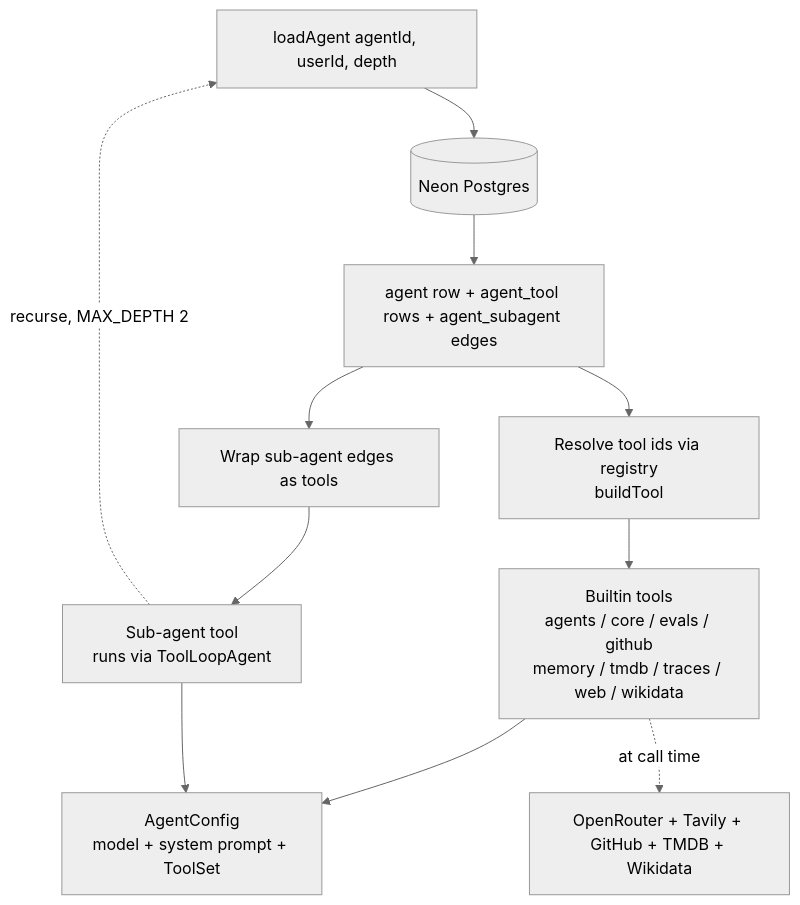
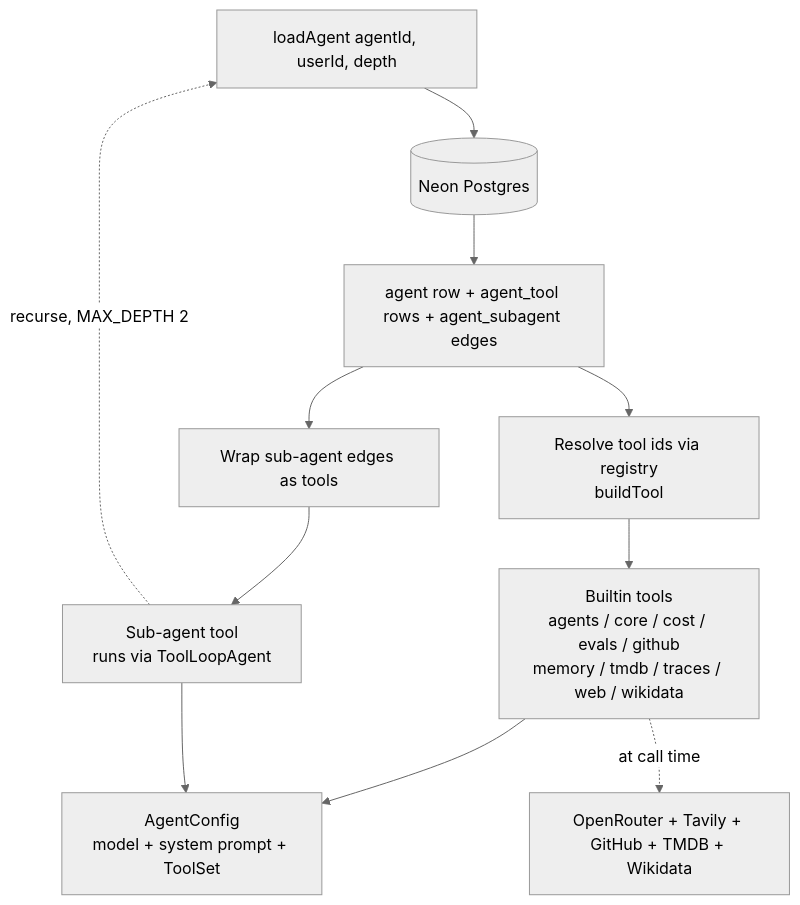
The second of 4 diagrams in src/content/posts/how-i-built-an-ai-agent-playground.mdx (jimmy-guzman/jimmy.codes), drawn with Mermaid (neutral theme) before and after one commit. The commit also changed other lines of this file, not shown here.

````diff
--- a/src/content/posts/how-i-built-an-ai-agent-playground.mdx
+++ b/src/content/posts/how-i-built-an-ai-agent-playground.mdx
@@ -93,16 +90,16 @@
 ```mermaid
 flowchart TB
   loadAgent[loadAgent agentId, userId, depth] --> DB[(Neon Postgres)]
   DB --> Parts[agent row + agent_tool rows + agent_subagent edges]
 
   Parts --> ToolStep[Resolve tool ids via registry<br/>buildTool]
   Parts --> SubStep[Wrap sub-agent edges as tools]
 
-  ToolStep --> Builtin[Builtin tools<br/>agents / core / evals / github<br/>memory / tmdb / traces / web / wikidata]
+  ToolStep --> Builtin[Builtin tools<br/>agents / core / cost / evals / github<br/>memory / tmdb / traces / web / wikidata]
   SubStep --> SubAgent[Sub-agent tool<br/>runs via ToolLoopAgent]
   SubAgent -.->|recurse, MAX_DEPTH 2| loadAgent
 
   Builtin --> Config[AgentConfig<br/>model + system prompt + ToolSet]
   SubAgent --> Config
   Builtin -.->|at call time| Ext[OpenRouter + Tavily + GitHub + TMDB + Wikidata]
 ```
````
